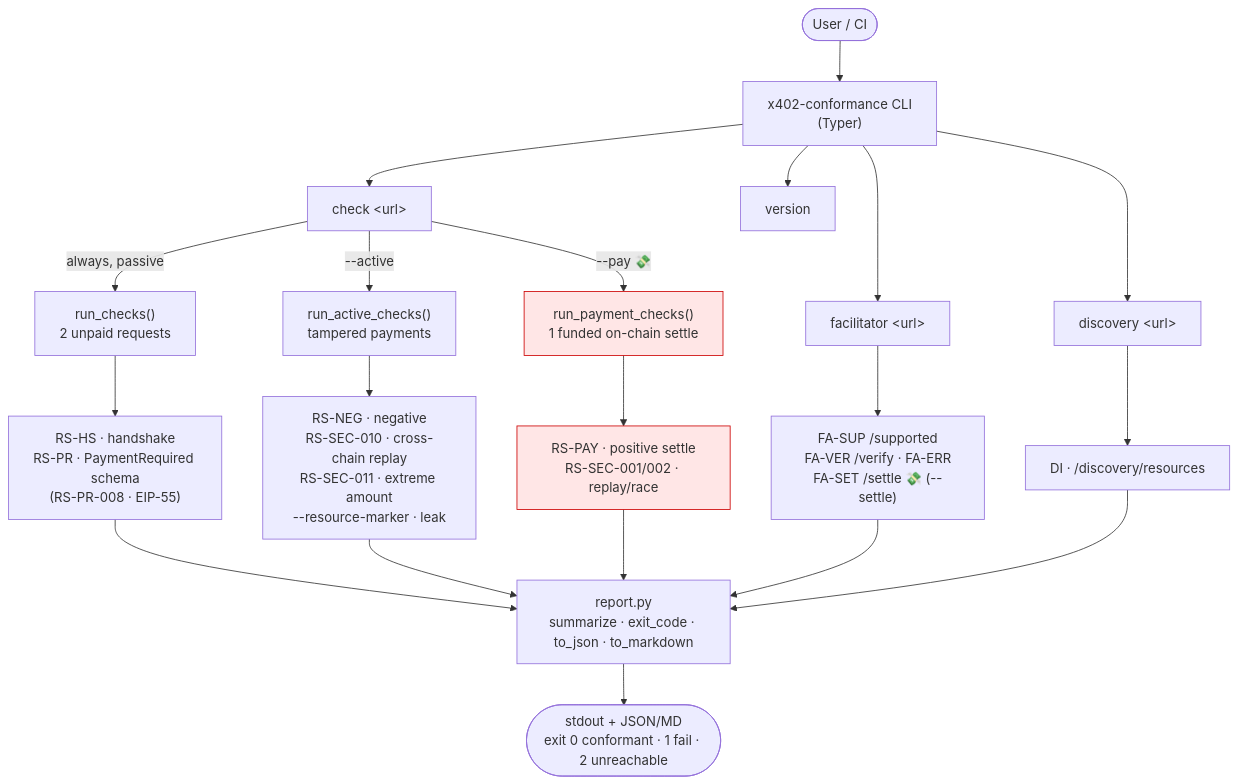
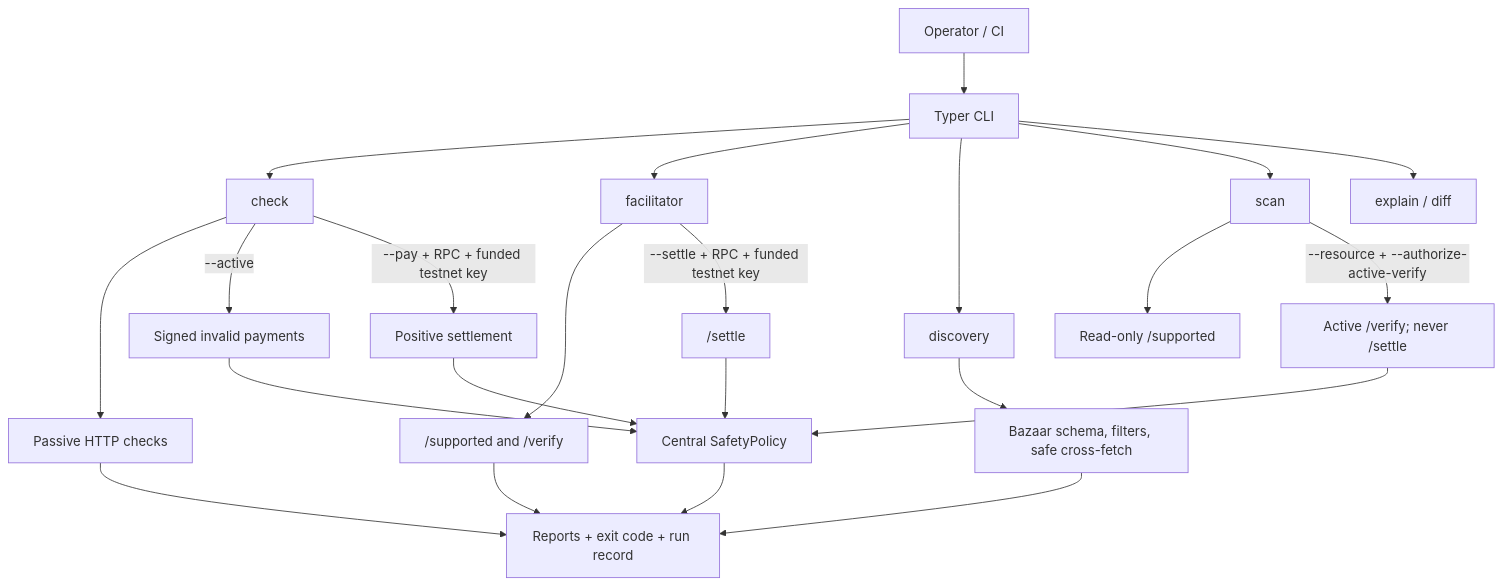
One commit to moped2110/x402-conformance changed the first of 3 diagrams in docs/architecture.md. Above: the diagram before and after it, drawn with Mermaid. The commit also changed other lines of this file and 59 other files, not shown here.

Commit message:
fix: harden x402 conformance checks

````diff
--- a/docs/architecture.md
+++ b/docs/architecture.md
@@ -10,32 +11,27 @@
 ```mermaid
 flowchart TD
-    user([User / CI]) --> cli["x402-conformance CLI<br/>(Typer)"]
+    U["Operator / CI"] --> CLI["Typer CLI"]
+    CLI --> C["check"]
+    CLI --> F["facilitator"]
+    CLI --> D["discovery"]
+    CLI --> S["scan"]
+    CLI --> O["explain / diff"]
 
-    cli --> chk["check &lt;url&gt;"]
-    cli --> fac["facilitator &lt;url&gt;"]
-    cli --> disc["discovery &lt;url&gt;"]
-    cli --> ver["version"]
+    C --> P["Passive HTTP checks"]
+    C -->|"--active"| N["Signed invalid payments"]
+    C -->|"--pay + RPC + funded testnet key"| PAY["Positive settlement"]
+    F --> FS["/supported and /verify"]
+    F -->|"--settle + RPC + funded testnet key"| SET["/settle"]
+    D --> DI["Bazaar schema, filters, safe cross-fetch"]
+    S --> SR["Read-only /supported"]
+    S -->|"--resource + --authorize-active-verify"| SA["Active /verify; never /settle"]
 
-    chk -->|always, passive| RUN["run_checks()<br/>2 unpaid requests"]
-    chk -->|--active| ACT["run_active_checks()<br/>tampered payments"]
-    chk -->|--pay 💸| PAY["run_payment_checks()<br/>1 funded on-chain settle"]
-
-    RUN --> G_HS["RS-HS · handshake<br/>RS-PR · PaymentRequired schema<br/>(RS-PR-008 · EIP-55)"]
-    ACT --> G_NEG["RS-NEG · negative<br/>RS-SEC-010 · cross-chain replay<br/>RS-SEC-011 · extreme amount<br/>--resource-marker · leak"]
-    PAY --> G_PAY["RS-PAY · positive settle<br/>RS-SEC-001/002 · replay/race"]
-
-    fac --> G_FA["FA-SUP /supported<br/>FA-VER /verify · FA-ERR<br/>FA-SET /settle 💸 (--settle)"]
-    disc --> G_DI["DI · /discovery/resources"]
-
-    G_HS --> REP
-    G_NEG --> REP
-    G_PAY --> REP
-    G_FA --> REP
-    G_DI --> REP
-
-    REP["report.py<br/>summarize · exit_code · to_json · to_markdown"]
-    REP --> OUT([stdout + JSON/MD<br/>exit 0 conformant · 1 fail · 2 unreachable])
-
-    classDef pay fill:#ffe6e6,stroke:#cc0000;
-    class PAY,G_PAY pay;
+    N --> SAFE["Central SafetyPolicy"]
+    PAY --> SAFE
+    SET --> SAFE
+    SA --> SAFE
+    SAFE --> R["Reports + exit code + run record"]
+    P --> R
+    FS --> R
+    DI --> R
 ```
````
